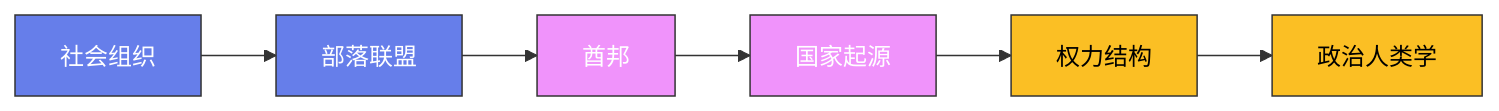
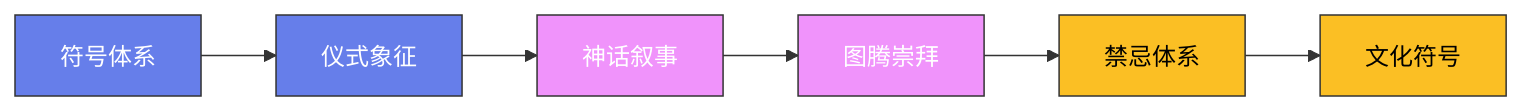
One commit to Fengur/Fengur.github.io changed the diagram in content/posts/ModelCreate/人类学/05-语言人类学.md. Above: the diagram before and after it, drawn with Mermaid. The commit also changed other lines of this file and 118 other files, not shown here.

````diff
--- a/content/posts/ModelCreate/人类学/05-语言人类学.md
+++ b/content/posts/ModelCreate/人类学/05-语言人类学.md
@@ -21,16 +20,16 @@
 ```mermaid
 graph LR
-    A["社会组织"] --> B["部落联盟"]
-    B --> C["酋邦"]
-    C --> D["国家起源"]
-    D --> E["权力结构"]
-    E --> F["政治人类学"]
+    A["符号体系"] --> B["仪式象征"]
+    B --> C["神话叙事"]
+    C --> D["图腾崇拜"]
+    D --> E["禁忌体系"]
+    E --> F["文化符号"]
 
     classDef early fill:#667eea,stroke:#333,color:white
     classDef mid fill:#f093fb,stroke:#333,color:white
     classDef modern fill:#fbbf24,stroke:#333,color:black
 
     class A,B early
     class C,D mid
     class E,F modern
 ```
````
